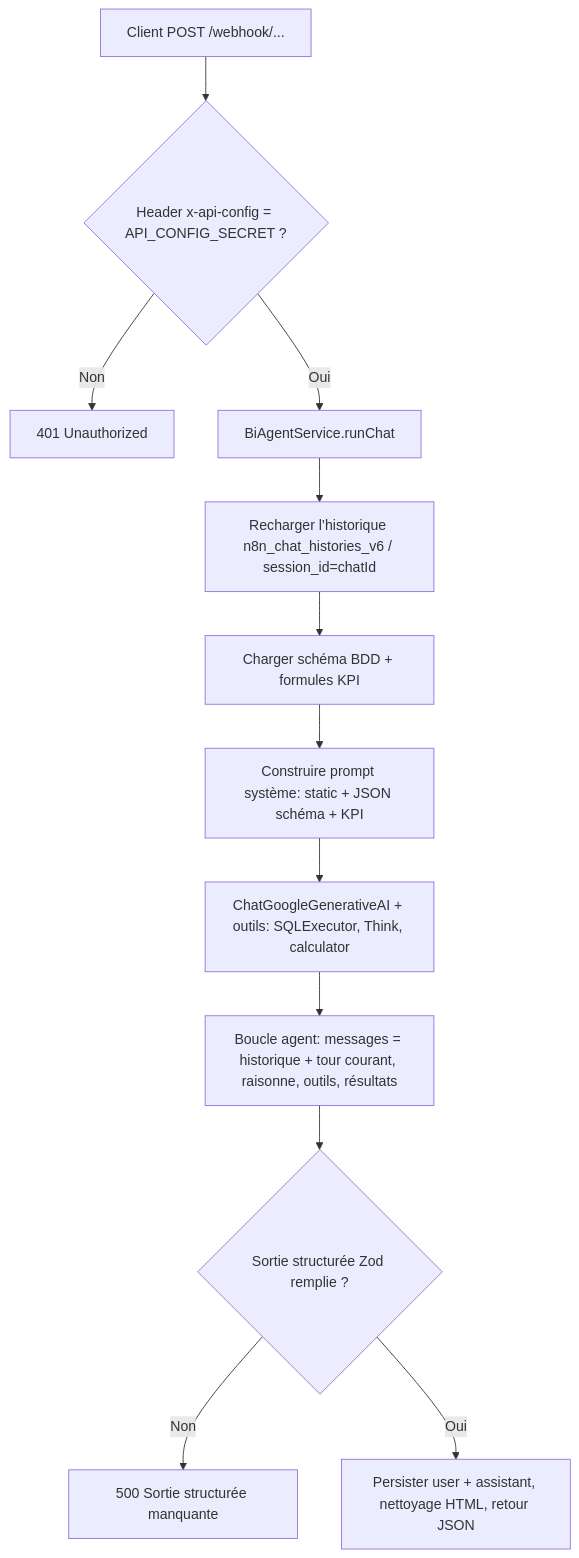
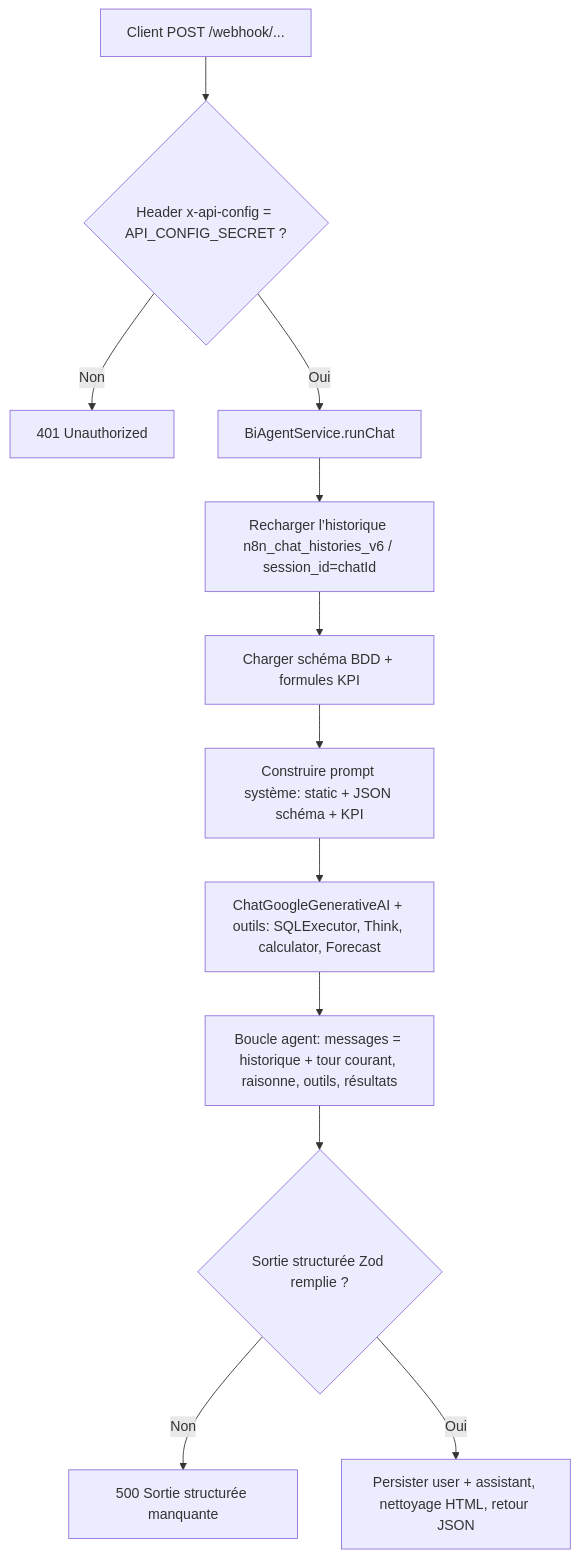
One commit to arnaud878/agent_ia changed the first of 2 diagrams in AGENT-IA.md. Above: the diagram before and after it, drawn with Mermaid. The commit also changed other lines of this file and 14 other files, not shown here.

````diff
--- a/AGENT-IA.md
+++ b/AGENT-IA.md
@@ -104,14 +105,14 @@
 ```mermaid
 flowchart TD
   A[Client POST /webhook/...] --> B{Header x-api-config = API_CONFIG_SECRET ?}
   B -->|Non| C[401 Unauthorized]
   B -->|Oui| D[BiAgentService.runChat]
   D --> D1[Recharger l’historique n8n_chat_histories_v6 / session_id=chatId]
   D1 --> E[Charger schéma BDD + formules KPI]
   E --> F[Construire prompt système: static + JSON schéma + KPI]
-  F --> G[ChatGoogleGenerativeAI + outils: SQLExecutor, Think, calculator]
+  F --> G[ChatGoogleGenerativeAI + outils: SQLExecutor, Think, calculator, Forecast]
   G --> H[Boucle agent: messages = historique + tour courant, raisonne, outils, résultats]
   H --> I{Sortie structurée Zod remplie ?}
   I -->|Non| J[500 Sortie structurée manquante]
   I -->|Oui| K[Persister user + assistant, nettoyage HTML, retour JSON]
 ```
````
